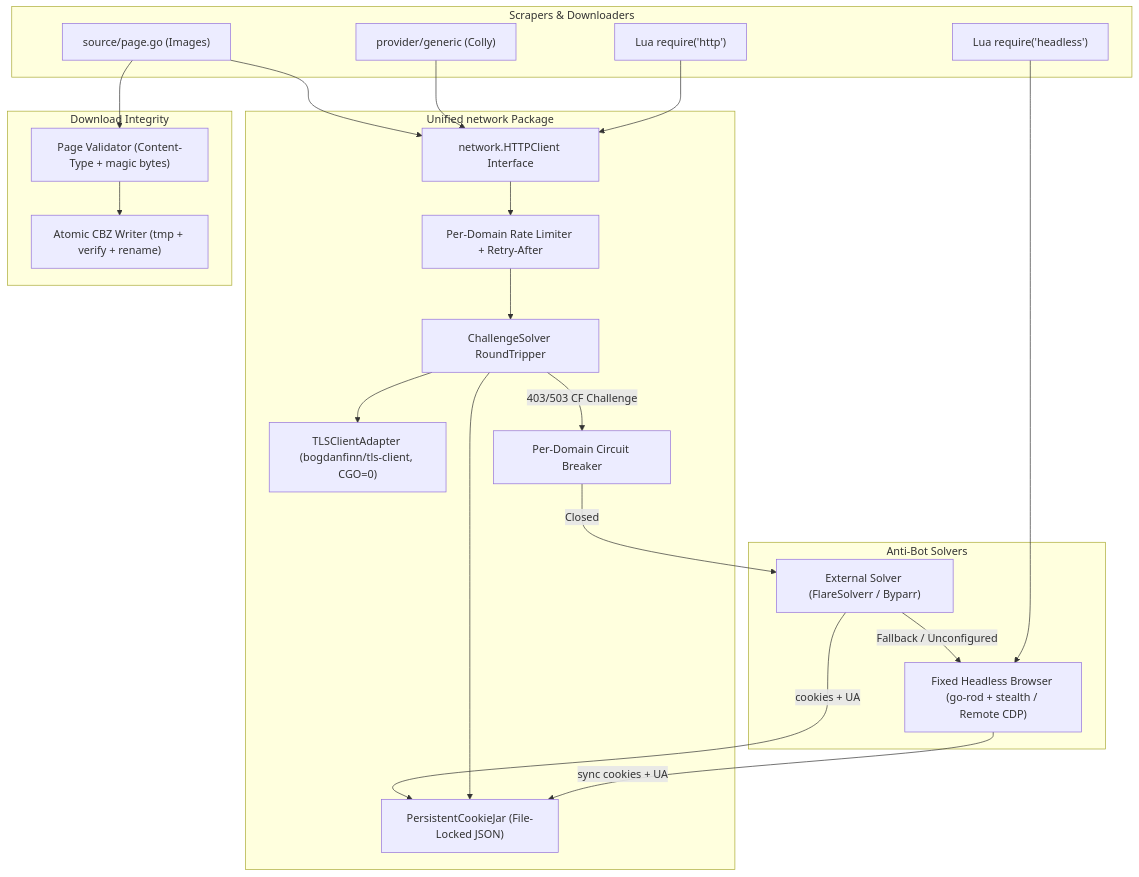
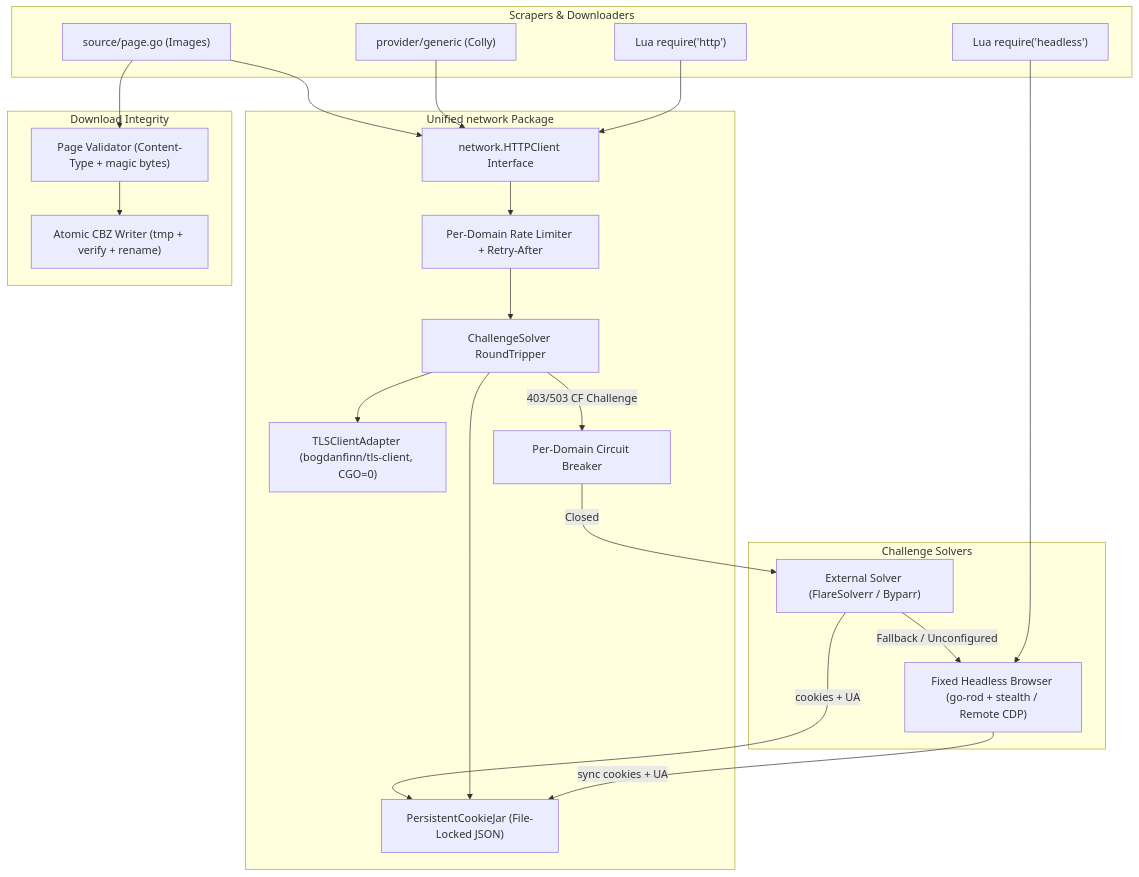
Before and after one commit to kaizen-Architecture/kaizen-mangal: the first of 3 diagrams in docs/rfcs/0001-network-resilience-and-modernization.md, drawn with Mermaid. The commit also changed other lines of this file, not shown here.

````diff
--- a/docs/rfcs/0001-network-resilience-and-modernization.md
+++ b/docs/rfcs/0001-network-resilience-and-modernization.md
@@ -142,46 +146,46 @@
 ```mermaid
 flowchart TD
     subgraph Callers["Scrapers & Downloaders"]
         LUA_HTTP["Lua require('http')"]
         LUA_HEADLESS["Lua require('headless')"]
         COLLY["provider/generic (Colly)"]
         PAGE["source/page.go (Images)"]
     end
 
     subgraph Network["Unified network Package"]
         IFACE["network.HTTPClient Interface"]
         RL["Per-Domain Rate Limiter + Retry-After"]
         MW["ChallengeSolver RoundTripper"]
         JAR["PersistentCookieJar (File-Locked JSON)"]
         TLS["TLSClientAdapter (bogdanfinn/tls-client, CGO=0)"]
         CB["Per-Domain Circuit Breaker"]
     end
 
-    subgraph Solvers["Anti-Bot Solvers"]
+    subgraph Solvers["Challenge Solvers"]
         FLARE["External Solver (FlareSolverr / Byparr)"]
         ROD["Fixed Headless Browser (go-rod + stealth / Remote CDP)"]
     end
 
     subgraph Integrity["Download Integrity"]
         VALID["Page Validator (Content-Type + magic bytes)"]
         ATOMIC["Atomic CBZ Writer (tmp + verify + rename)"]
     end
 
     LUA_HTTP --> IFACE
     COLLY --> IFACE
     PAGE --> IFACE
     LUA_HEADLESS --> ROD
     ROD -- "sync cookies + UA" --> JAR
 
     IFACE --> RL
     RL --> MW
     MW --> JAR
     MW --> TLS
     MW -- "403/503 CF Challenge" --> CB
     CB -- "Closed" --> FLARE
     FLARE -- "Fallback / Unconfigured" --> ROD
     FLARE -- "cookies + UA" --> JAR
 
     PAGE --> VALID
     VALID --> ATOMIC
 ```
````
